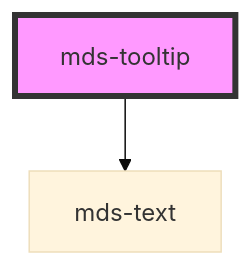
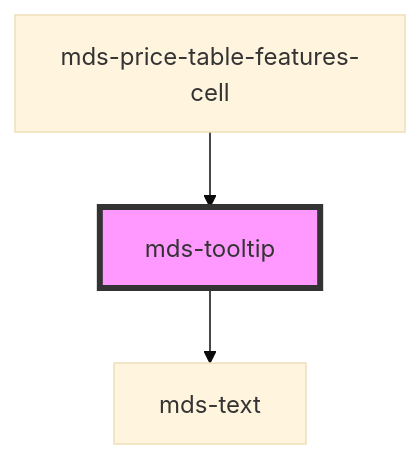
The diagram in projects/stencil/src/components/mds-tooltip/readme.md (magma-design-system/magma), drawn with Mermaid (base theme) before and after one commit. The commit also changed other lines of this file and 2 other files, not shown here.

````diff
--- a/projects/stencil/src/components/mds-tooltip/readme.md
+++ b/projects/stencil/src/components/mds-tooltip/readme.md
@@ -54,5 +58,6 @@
 ```mermaid
 graph TD;
   mds-tooltip --> mds-text
+  mds-price-table-features-cell --> mds-tooltip
   style mds-tooltip fill:#f9f,stroke:#333,stroke-width:4px
 ```
````
